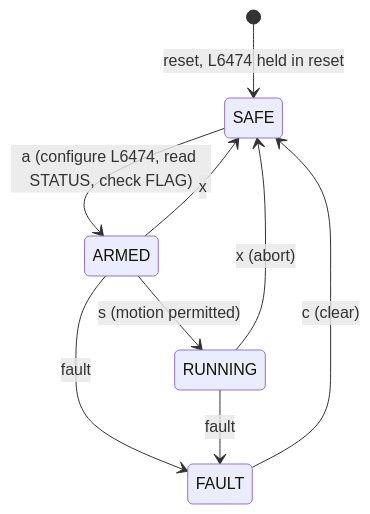
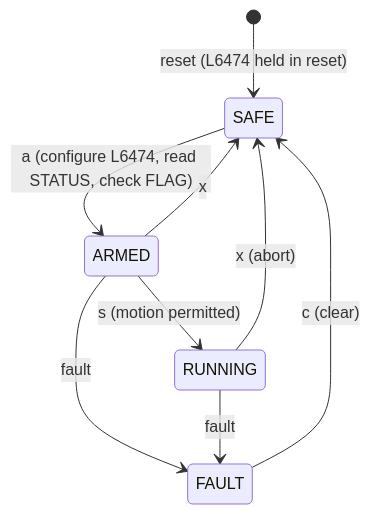
Before and after one commit to Samarth030312/enr312-rotary-inverted-pendulum: the third of 7 diagrams in docs/ARCHITECTURE.md, drawn with Mermaid. The commit also changed other lines of this file and 59 other files, not shown here.

````diff
--- a/docs/ARCHITECTURE.md
+++ b/docs/ARCHITECTURE.md
@@ -63,11 +89,11 @@
 ```mermaid
 stateDiagram-v2
-    [*] --> SAFE: reset, L6474 held in reset
+    [*] --> SAFE: reset (L6474 held in reset)
     SAFE --> ARMED: a (configure L6474, read STATUS, check FLAG)
     ARMED --> RUNNING: s (motion permitted)
     ARMED --> SAFE: x
     RUNNING --> SAFE: x (abort)
     ARMED --> FAULT: fault
     RUNNING --> FAULT: fault
     FAULT --> SAFE: c (clear)
 ```
````
